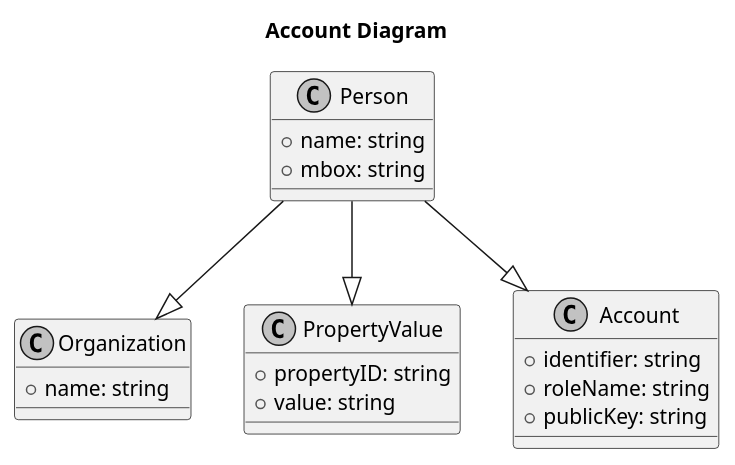
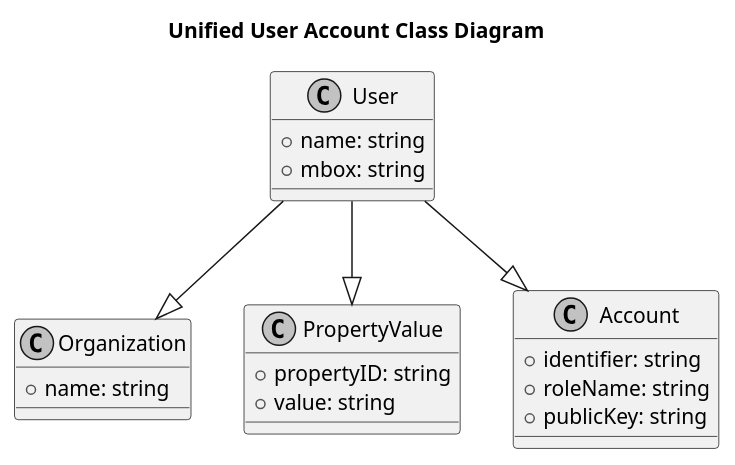
One commit to OliveiraEdu/d-OSP changed the diagram in diagrams/plantUML/account_class.wsd. Above: the diagram before and after it, drawn with PlantUML. The commit also changed 9 other files, not shown here.

```diff
--- a/diagrams/plantUML/account_class.wsd
+++ b/diagrams/plantUML/account_class.wsd
@@ -1,32 +1,32 @@
-@startuml account_class
+@startuml user_account_class
 
-title Account Diagram
+title Unified User Account Class Diagram
 skinparam monochrome true
 
 top to bottom direction
 
-class Person {
+class User {
   + name: string
   + mbox: string
 }
 
 class Organization {
   + name: string
 }
 
 class PropertyValue {
   + propertyID: string
   + value: string
 }
 
 class Account {
   + identifier: string
   + roleName: string
   + publicKey: string
 }
 
-Person --|> Account
-Person --|> Organization
-Person --|> PropertyValue
+User --|> Account
+User --|> Organization
+User --|> PropertyValue
 
 @enduml
```
